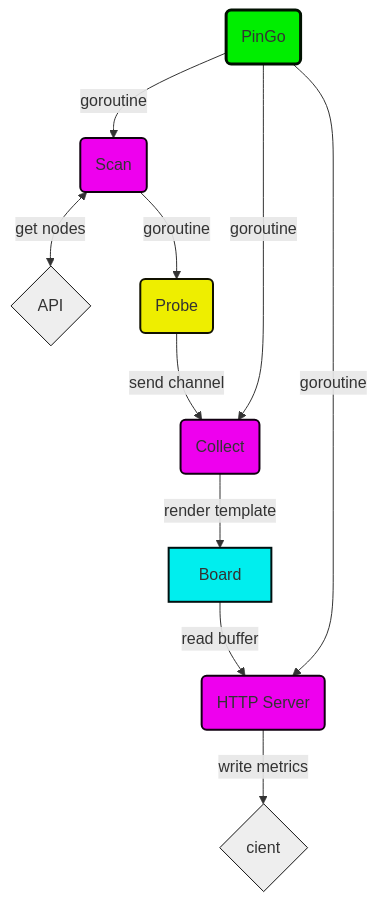
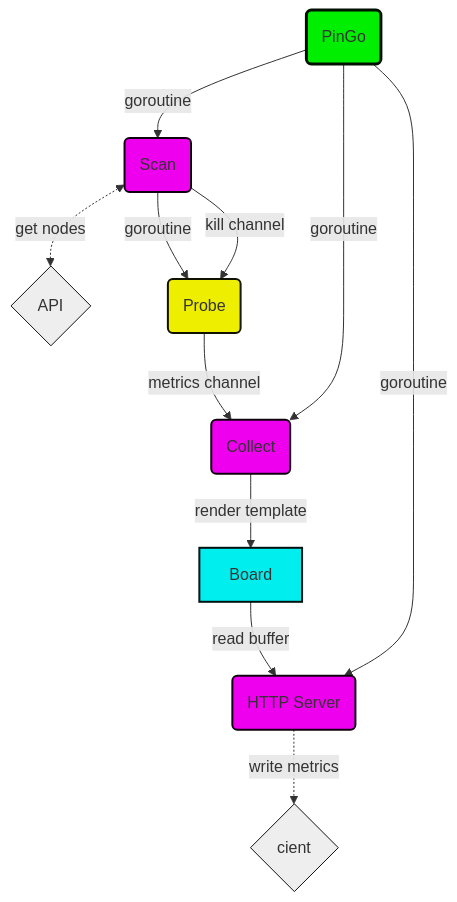
Before and after one commit to basilean/pingo: the diagram in README.md, drawn with Mermaid. The commit also changed other lines of this file and 1 other file, not shown here.

Commit message:
Forced to use CA to be compliant with security scan. Handled ExternalIP and used as favorite. Improved README.md and comments.

````diff
--- a/README.md
+++ b/README.md
@@ -12,20 +12,21 @@
 ```mermaid
 graph TD
     style A fill:#0e0,stroke:#010,stroke-width:3px;
     style B fill:#e0e,stroke:#101,stroke-width:2px;
     style C fill:#e0e,stroke:#101,stroke-width:2px;
     style D fill:#eee,stroke:#111,stroke-width:1px;
     style E fill:#ee0,stroke:#110,stroke-width:2px;
     style F fill:#0ee,stroke:#011,stroke-width:2px;
     style G fill:#e0e,stroke:#101,stroke-width:2px;
     style H fill:#eee,stroke:#111,stroke-width:1px;
     A(PinGo) -->|goroutine| B(Scan)
     A -->|goroutine| C(Collect)
     A -->|goroutine| G(HTTP Server)
-    B <-->|get nodes| D{API}
+    B <-.->|get nodes| D{API}
     B -->|goroutine| E(Probe)
-    E -->|send channel| C
+    E -->|metrics channel| C
     C -->|render template| F[Board]
     F -->|read buffer| G
-    G -->|write metrics| H{cient}
+    G -.->|write metrics| H{cient}
+    B -->|kill channel| E
 ```
````
